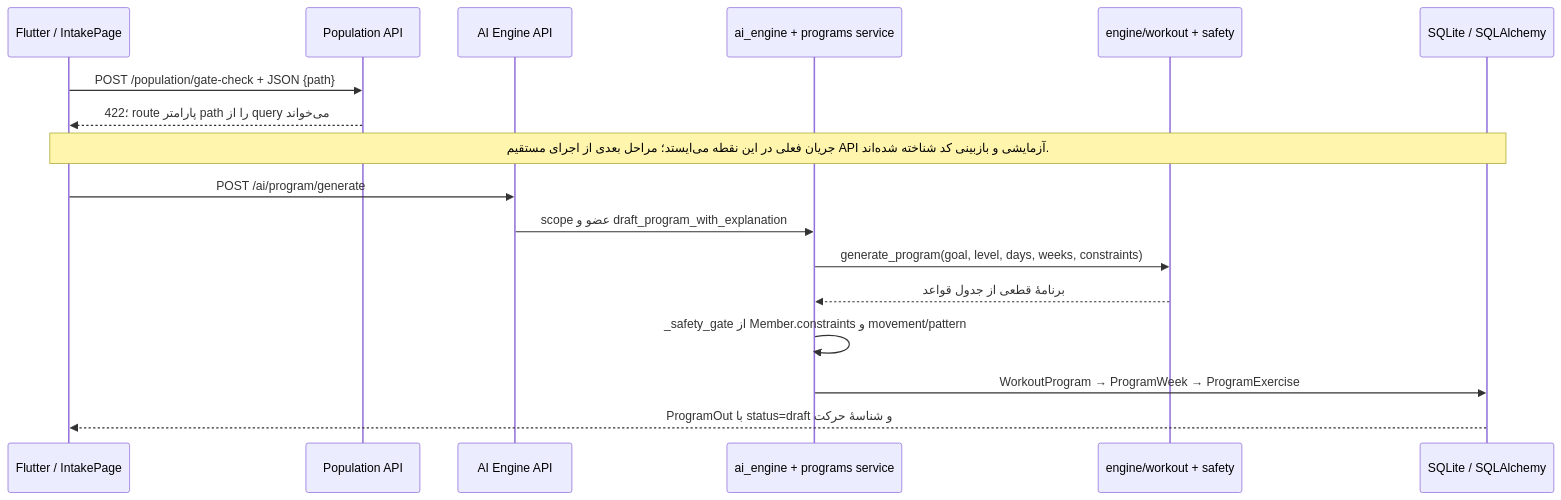
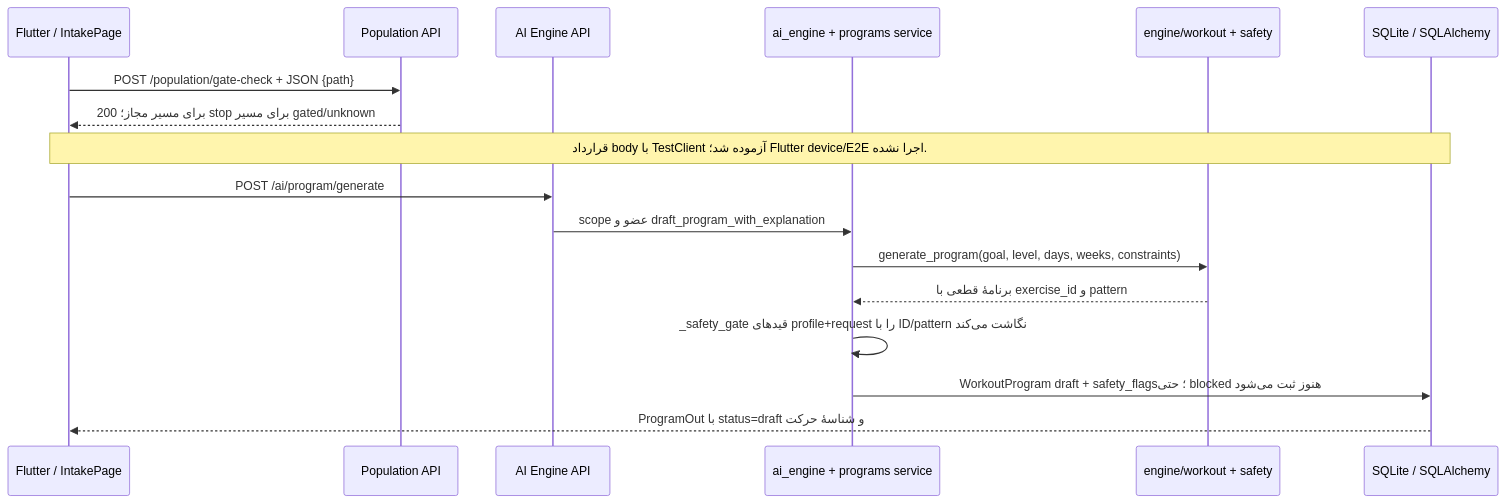
The diagram in docs/MuscleParadise/architecture/analysis-2026-11-23.md (yousefghorbanian98-create/MP), drawn with Mermaid before and after one commit. The commit also changed other lines of this file and 104 other files, not shown here.

````diff
--- a/docs/MuscleParadise/architecture/analysis-2026-11-23.md
+++ b/docs/MuscleParadise/architecture/analysis-2026-11-23.md
@@ -38,19 +38,19 @@
 ```mermaid
 sequenceDiagram
   participant UI as Flutter / IntakePage
   participant G as Population API
   participant A as AI Engine API
   participant S as ai_engine + programs service
   participant E as engine/workout + safety
   participant DB as SQLite / SQLAlchemy
   UI->>G: POST /population/gate-check + JSON {path}
-  G-->>UI: 422؛ route پارامتر path را از query می‌خواند
-  Note over UI,DB: جریان فعلی در این نقطه می‌ایستد؛ مراحل بعدی از اجرای مستقیم API آزمایشی و بازبینی کد شناخته شده‌اند.
+  G-->>UI: 200 برای مسیر مجاز؛ stop برای مسیر gated/unknown
+  Note over UI,DB: قرارداد body با TestClient آزموده شد؛ Flutter device/E2E اجرا نشده.
   UI->>A: POST /ai/program/generate
   A->>S: scope عضو و draft_program_with_explanation
   S->>E: generate_program(goal, level, days, weeks, constraints)
-  E-->>S: برنامهٔ قطعی از جدول قواعد
-  S->>S: _safety_gate از Member.constraints و movement/pattern
-  S->>DB: WorkoutProgram → ProgramWeek → ProgramExercise
+  E-->>S: برنامهٔ قطعی با exercise_id و pattern
+  S->>S: _safety_gate قیدهای profile+request را با ID/pattern نگاشت می‌کند
+  S->>DB: WorkoutProgram draft + safety_flags؛ حتی blocked هنوز ثبت می‌شود
   DB-->>UI: ProgramOut با status=draft و شناسهٔ حرکت
 ```
````
